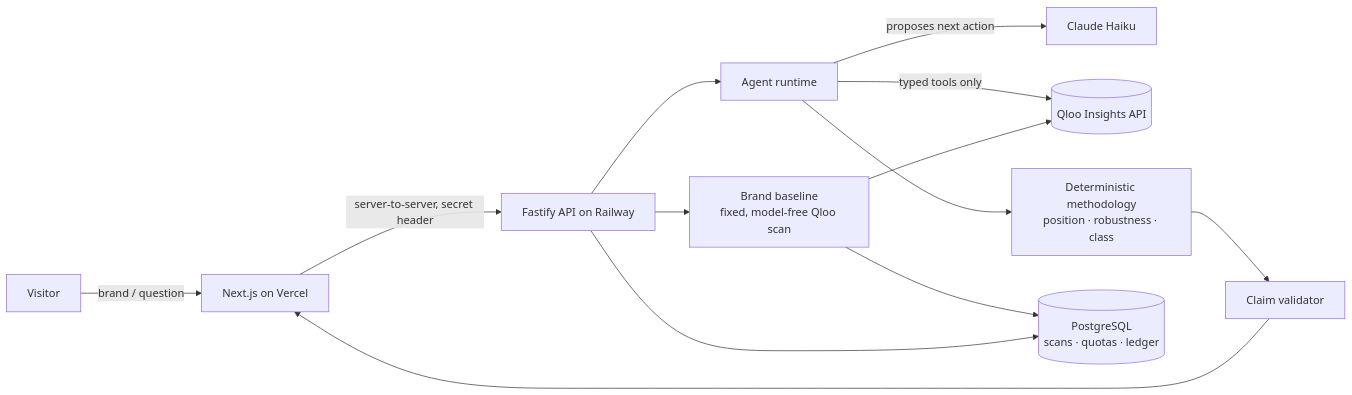
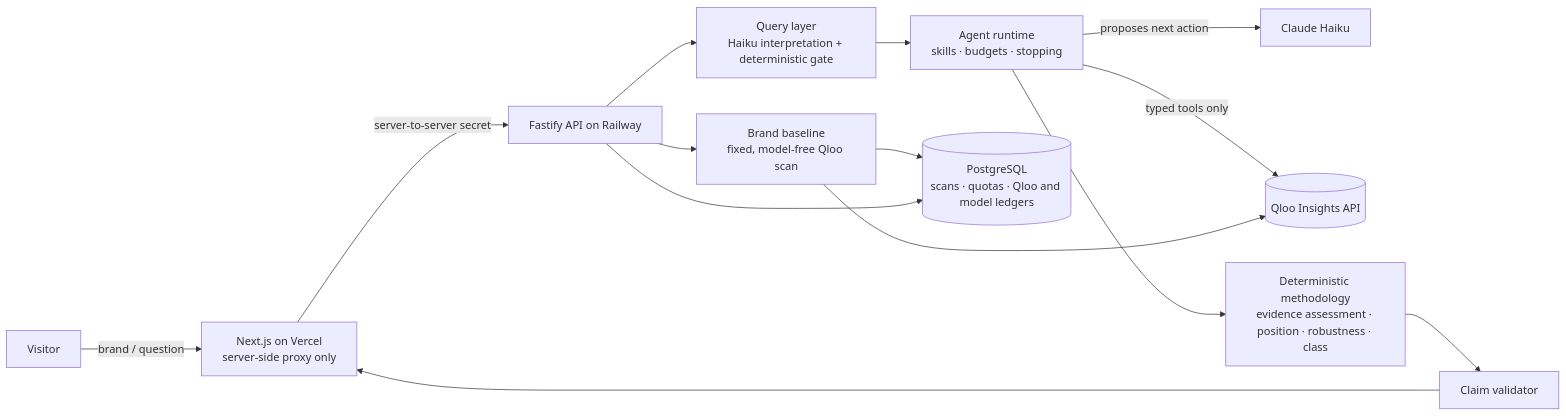
One commit to RaulMermans/cultural-elasticity changed the diagram in README.md. Above: the diagram before and after it, drawn with Mermaid. The commit also changed other lines of this file and 17 other files, not shown here.

First line of the commit message:
docs(sprint-13): judge-ready README, current architecture and submission package

````diff
--- a/README.md
+++ b/README.md
@@ -99,14 +111,15 @@
 ```mermaid
 flowchart LR
-  U[Visitor] -->|brand / question| FE[Next.js on Vercel]
-  FE -->|server-to-server, secret header| API[Fastify API on Railway]
+  U[Visitor] -->|brand / question| FE[Next.js on Vercel<br/>server-side proxy only]
+  FE -->|server-to-server secret| API[Fastify API on Railway]
   API --> BL[Brand baseline<br/>fixed, model-free Qloo scan]
-  API --> AG[Agent runtime]
+  API --> QL[Query layer<br/>Haiku interpretation + deterministic gate]
+  QL --> AG[Agent runtime<br/>skills · budgets · stopping]
   AG -->|proposes next action| H[Claude Haiku]
   AG -->|typed tools only| Q[(Qloo Insights API)]
   BL --> Q
-  AG --> M[Deterministic methodology<br/>position · robustness · class]
+  AG --> M[Deterministic methodology<br/>evidence assessment · position · robustness · class]
   M --> CV[Claim validator]
   CV --> FE
-  BL & API --> PG[(PostgreSQL<br/>scans · quotas · ledger)]
+  BL & API --> PG[(PostgreSQL<br/>scans · quotas · Qloo and model ledgers)]
 ```
````
